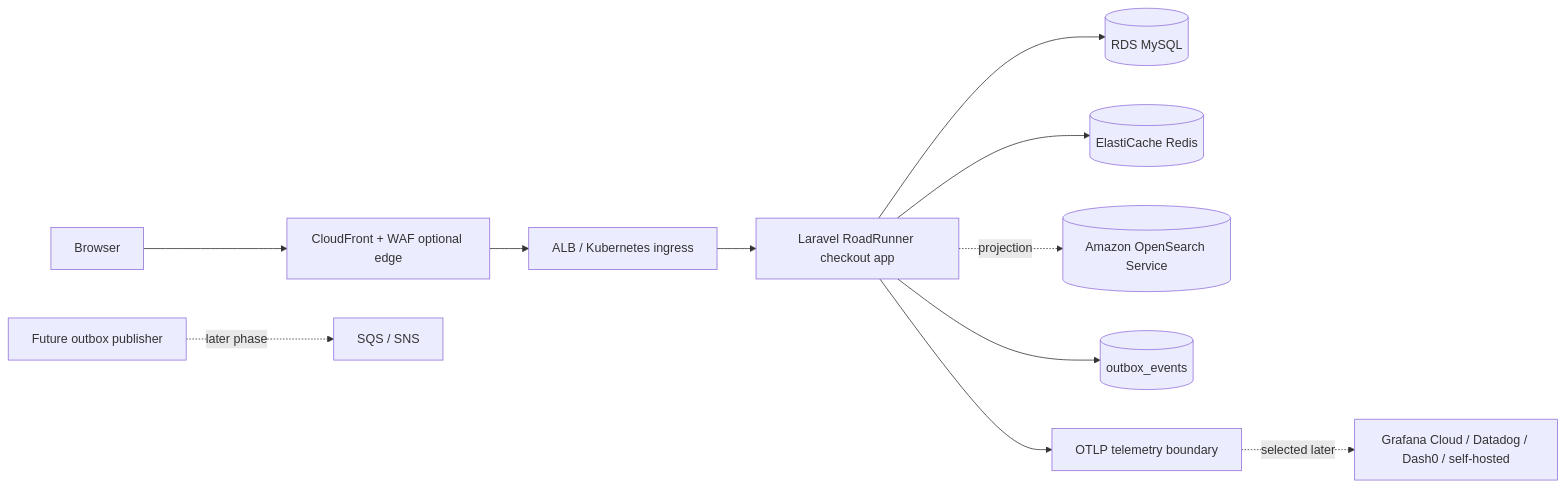
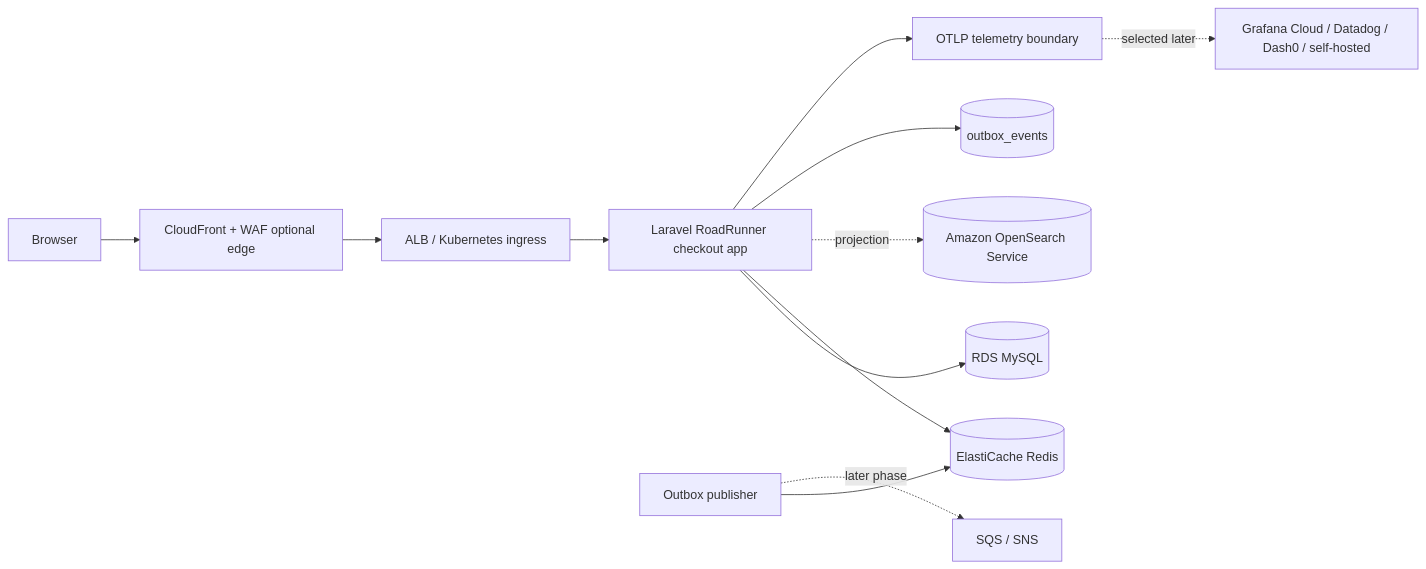
The second of 2 diagrams in docs/human/architecture/containers.md (ankit-singhal87/checkout-orchestration-service), drawn with Mermaid before and after one commit. The commit also changed other lines of this file and 30 other files, not shown here.

````diff
--- a/docs/human/architecture/containers.md
+++ b/docs/human/architecture/containers.md
@@ -31,13 +45,14 @@
 ```mermaid
 flowchart LR
   Browser[Browser] --> CloudFront[CloudFront + WAF optional edge]
   CloudFront --> Ingress[ALB / Kubernetes ingress]
   Ingress --> Laravel[Laravel RoadRunner checkout app]
   Laravel --> RDS[(RDS MySQL)]
   Laravel --> ElastiCache[(ElastiCache Redis)]
   Laravel -. projection .-> Search[(Amazon OpenSearch Service)]
   Laravel --> Outbox[(outbox_events)]
-  Publisher[Future outbox publisher] -. later phase .-> SqsSns[SQS / SNS]
+  Publisher[Outbox publisher] --> ElastiCache
+  Publisher -. later phase .-> SqsSns[SQS / SNS]
   Laravel --> Otlp[OTLP telemetry boundary]
   Otlp -. selected later .-> Backend[Grafana Cloud / Datadog / Dash0 / self-hosted]
 ```
````
